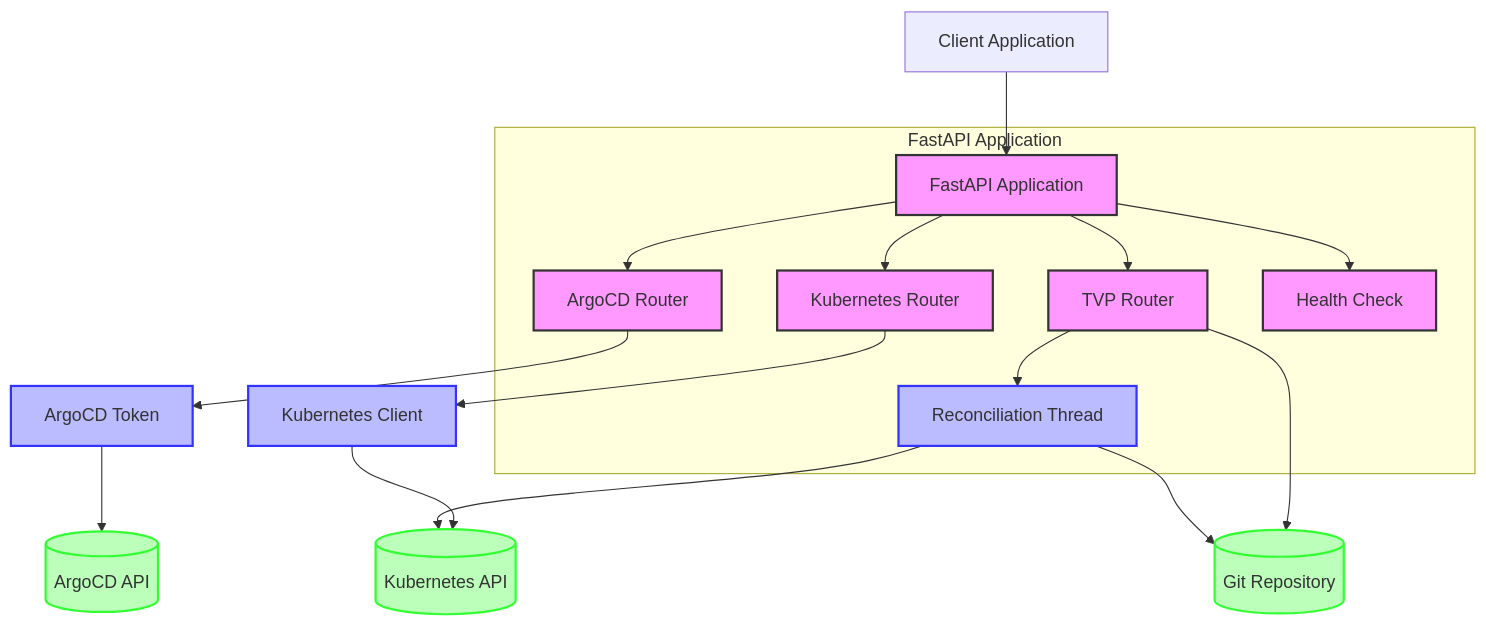
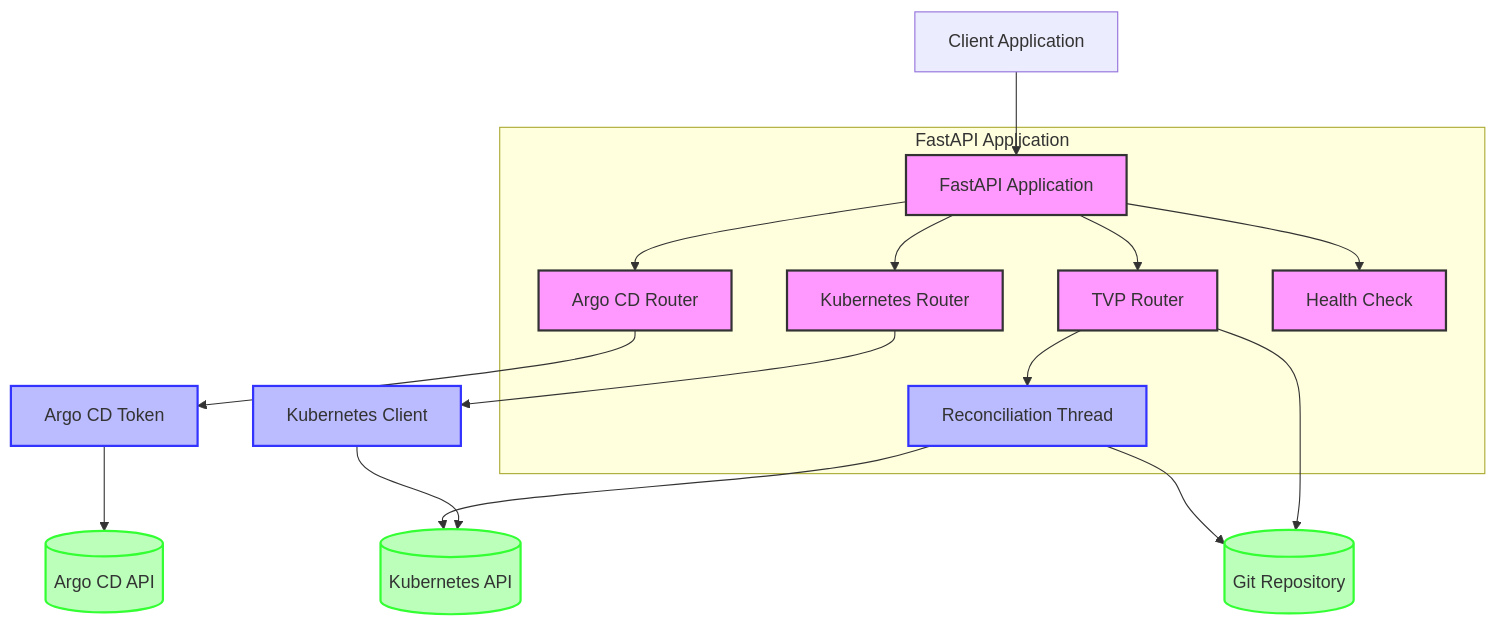
One commit to lloydchang/tvp-k8s changed the first of 9 diagrams in README.md. Above: the diagram before and after it, drawn with Mermaid. The commit also changed other lines of this file and 5 other files, not shown here.

````diff
--- a/README.md
+++ b/README.md
@@ -115,30 +115,30 @@
 ```mermaid
 flowchart TB
     Client[Client Application] --> API[FastAPI Application]
     
     subgraph "FastAPI Application"
         API --> KR[Kubernetes Router]
-        API --> AR[ArgoCD Router]
+        API --> AR[Argo CD Router]
         API --> TR[TVP Router]
         API --> Health[Health Check]
         TR --> RT[Reconciliation Thread]
     end
     
     KR --> KC[Kubernetes Client]
-    AR --> AT[ArgoCD Token]
+    AR --> AT[Argo CD Token]
     TR --> GitRepo[(Git Repository)]
     
     KC --> K8s[(Kubernetes API)]
-    AT --> ArgoCD[(ArgoCD API)]
+    AT --> ArgoCD[(Argo CD API)]
     RT --> GitRepo
     RT --> K8s
     
     classDef component fill:#f9f,stroke:#333,stroke-width:2px
     classDef api fill:#bbf,stroke:#33f,stroke-width:2px
     classDef external fill:#bfb,stroke:#3f3,stroke-width:2px
     
     class API,KR,AR,TR,Health component
     class KC,AT,RT api
     class K8s,ArgoCD,GitRepo external
 
 ```
````
